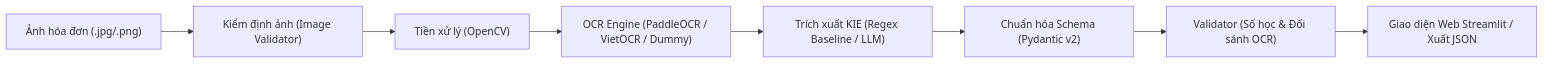
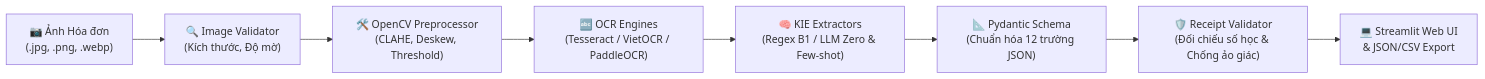
Before and after one commit to 0xluan-arc/OCR_LLM_Vietnamese_Receipt_Extraction: the diagram in README.md, drawn with Mermaid. The commit also changed other lines of this file, not shown here.

Commit message:
docs(readme): upgrade README to academic research standard with system architecture, schema spec, and BibTeX

````diff
--- a/README.md
+++ b/README.md
@@ -54,10 +47,10 @@
 ```mermaid
 flowchart LR
-    A["Ảnh hóa đơn (.jpg/.png)"] --> B["Kiểm định ảnh (Image Validator)"]
-    B --> C["Tiền xử lý (OpenCV)"]
-    C --> D["OCR Engine (PaddleOCR / VietOCR / Dummy)"]
-    D --> E["Trích xuất KIE (Regex Baseline / LLM)"]
-    E --> F["Chuẩn hóa Schema (Pydantic v2)"]
-    F --> G["Validator (Số học & Đối sánh OCR)"]
-    G --> H["Giao diện Web Streamlit / Xuất JSON"]
+    A["📷 Ảnh Hóa đơn<br/>(.jpg, .png, .webp)"] --> B["🔍 Image Validator<br/>(Kích thước, Độ mờ)"]
+    B --> C["🛠️ OpenCV Preprocessor<br/>(CLAHE, Deskew, Threshold)"]
+    C --> D["🔤 OCR Engines<br/>(Tesseract / VietOCR / PaddleOCR)"]
+    D --> E["🧠 KIE Extractors<br/>(Regex B1 / LLM Zero & Few-shot)"]
+    E --> F["📐 Pydantic Schema<br/>(Chuẩn hóa 12 trường JSON)"]
+    F --> G["🛡️ Receipt Validator<br/>(Đối chiếu số học & Chống ảo giác)"]
+    G --> H["💻 Streamlit Web UI<br/>& JSON/CSV Export"]
 ```
````
